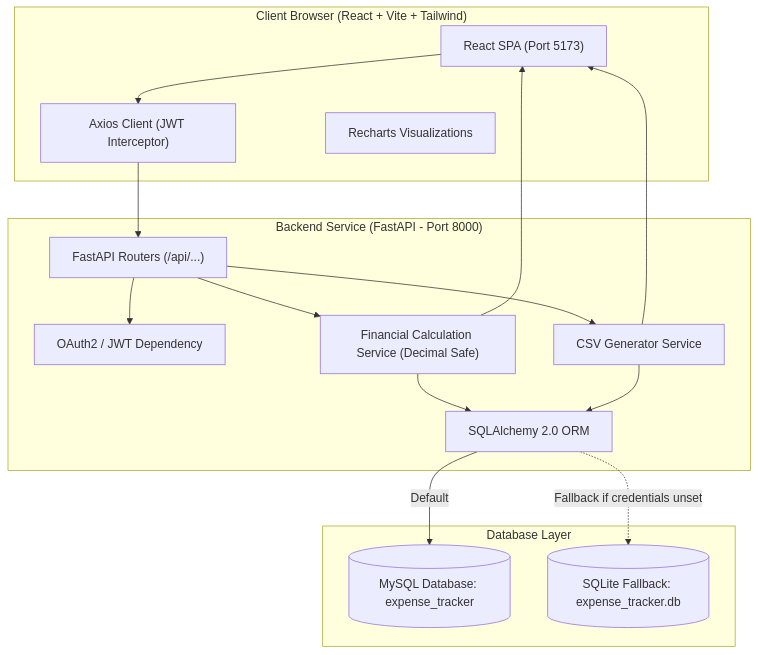
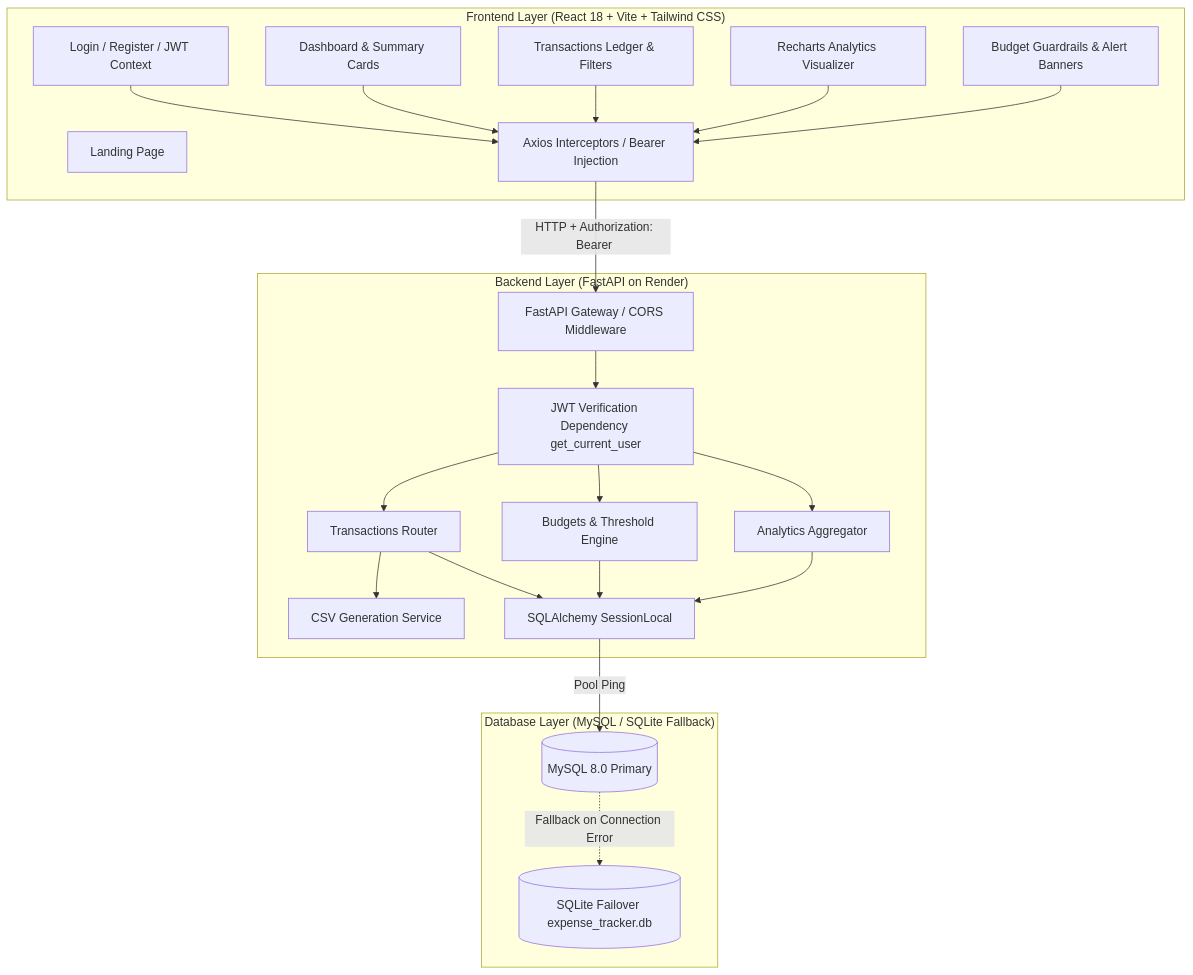
One commit to kritika7268/expense-tracker changed the first of 2 diagrams in README.md. Above: the diagram before and after it, drawn with Mermaid. The commit also changed other lines of this file, not shown here.

````diff
--- a/README.md
+++ b/README.md
@@ -88,33 +84,47 @@
 ```mermaid
 flowchart TD
-    subgraph Client ["Client Browser (React + Vite + Tailwind)"]
-        UI["React SPA (Port 5173)"]
-        Axios["Axios Client (JWT Interceptor)"]
-        Charts["Recharts Visualizations"]
+    subgraph Client ["Frontend Layer (React 18 + Vite + Tailwind CSS)"]
+        Landing[Landing Page]
+        AuthUI[Login / Register / JWT Context]
+        Dash[Dashboard & Summary Cards]
+        TxTable[Transactions Ledger & Filters]
+        Charts[Recharts Analytics Visualizer]
+        BudgetUI[Budget Guardrails & Alert Banners]
+        AxiosClient[Axios Interceptors / Bearer Injection]
     end
 
-    subgraph Backend ["Backend Service (FastAPI - Port 8000)"]
-        Router["FastAPI Routers (/api/...)"]
-        AuthDep["OAuth2 / JWT Dependency"]
-        CalcServ["Financial Calculation Service (Decimal Safe)"]
-        ExportServ["CSV Generator Service"]
-        ORM["SQLAlchemy 2.0 ORM"]
+    subgraph Server ["Backend Layer (FastAPI on Render)"]
+        API[FastAPI Gateway / CORS Middleware]
+        AuthDep[JWT Verification Dependency get_current_user]
+        TxRouter[Transactions Router]
+        BudgetRouter[Budgets & Threshold Engine]
+        AnalyticsRouter[Analytics Aggregator]
+        ExportService[CSV Generation Service]
+        DBSession[SQLAlchemy SessionLocal]
     end
 
-    subgraph Storage ["Database Layer"]
-        MySQL[("MySQL Database: expense_tracker")]
-        SQLite[("SQLite Fallback: expense_tracker.db")]
+    subgraph Storage ["Database Layer (MySQL / SQLite Fallback)"]
+        MySQL[(MySQL 8.0 Primary)]
+        SQLite[(SQLite Failover expense_tracker.db)]
     end
 
-    UI --> Axios
-    Axios --> Router
-    Router --> AuthDep
-    Router --> CalcServ
-    Router --> ExportServ
-    CalcServ --> ORM
-    ExportServ --> ORM
-    ORM -->|Default| MySQL
-    ORM -.->|Fallback if credentials unset| SQLite
-    CalcServ --> UI
-    ExportServ --> UI
+    AuthUI --> AxiosClient
+    Dash --> AxiosClient
+    TxTable --> AxiosClient
+    Charts --> AxiosClient
+    BudgetUI --> AxiosClient
+
+    AxiosClient -- "HTTP + Authorization: Bearer <token>" --> API
+    API --> AuthDep
+    AuthDep --> TxRouter
+    AuthDep --> BudgetRouter
+    AuthDep --> AnalyticsRouter
+
+    TxRouter --> DBSession
+    BudgetRouter --> DBSession
+    AnalyticsRouter --> DBSession
+    TxRouter --> ExportService
+
+    DBSession -- "Pool Ping" --> MySQL
+    MySQL -. "Fallback on Connection Error" .-> SQLite
 ```
````
